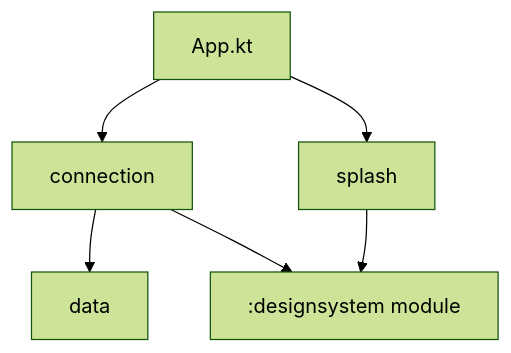
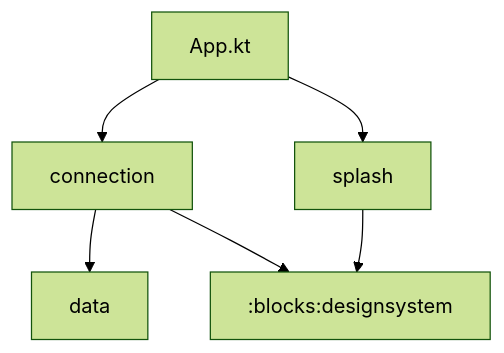
The diagram in docs/adr/ADR-1-feature-packages-and-file-layout.md (allco/transmission-client), drawn with Mermaid (forest theme) before and after one commit. The commit also changed other lines of this file and 44 other files, not shown here.

First line of the commit message:
Move the design system to blocks/designsystem

````diff
--- a/docs/adr/ADR-1-feature-packages-and-file-layout.md
+++ b/docs/adr/ADR-1-feature-packages-and-file-layout.md
@@ -56,8 +56,8 @@
 ```mermaid
 flowchart TD
     App[App.kt] --> connection
     App --> splash
     connection --> data
-    connection --> designsystem[":designsystem module"]
+    connection --> designsystem[":blocks:designsystem"]
     splash --> designsystem
 ```
````
